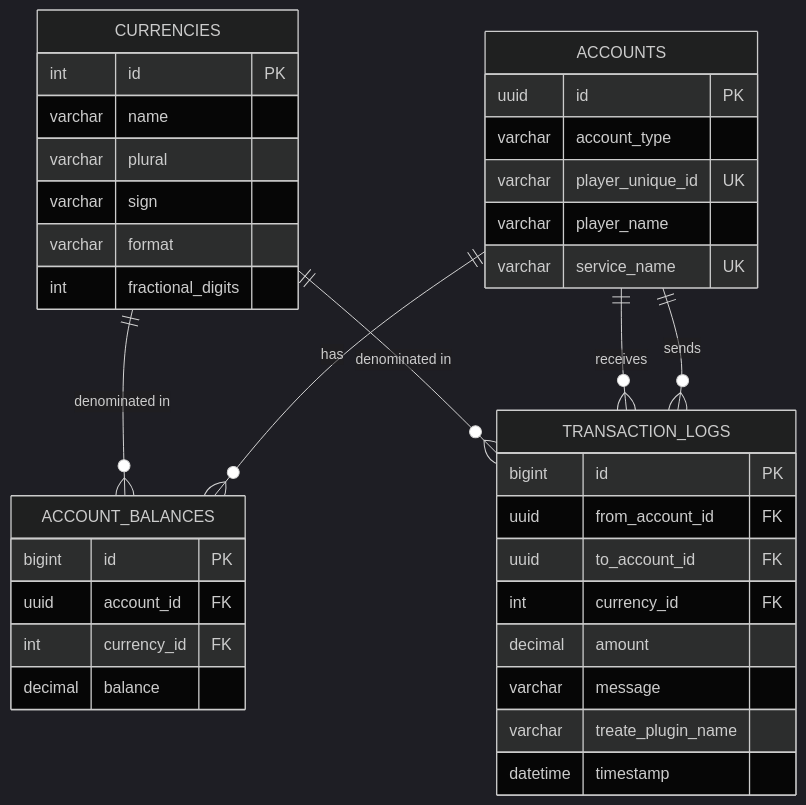
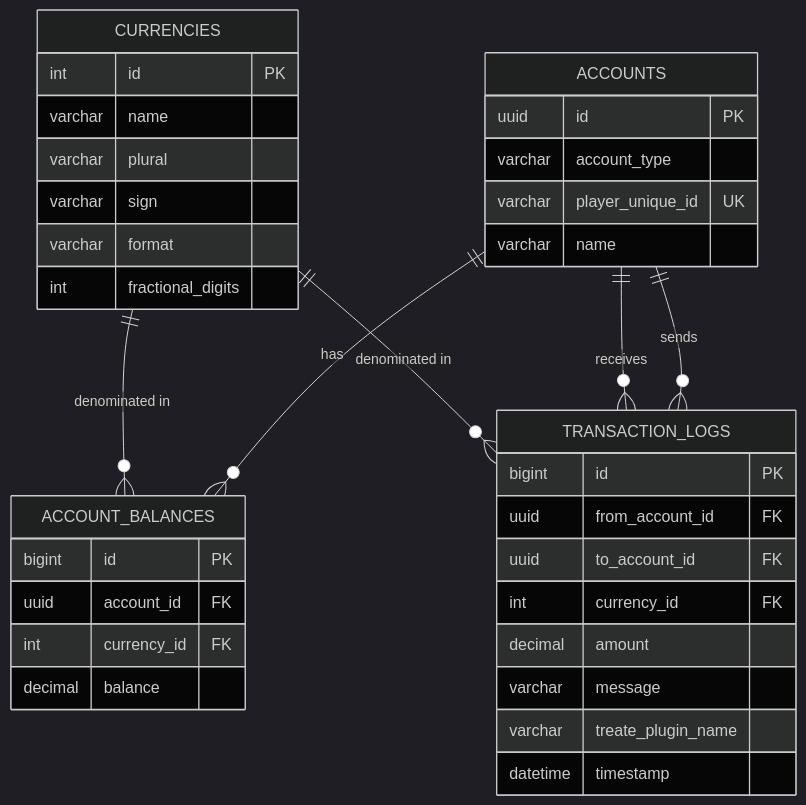
One commit to morinoparty/Kerria changed the diagram in docs/content/docs/format/database.mdx. Above: the diagram before and after it, drawn with Mermaid (dark theme). The commit also changed other lines of this file and 4 other files, not shown here.

Commit message:
♻️ Unify playerName and serviceName into single name field

````diff
--- a/docs/content/docs/format/database.mdx
+++ b/docs/content/docs/format/database.mdx
@@ -224,43 +218,42 @@
 ```mermaid
 erDiagram
     ACCOUNTS {
         uuid id PK
         varchar account_type
         varchar player_unique_id UK
-        varchar player_name
-        varchar service_name UK
+        varchar name
     }
 
     ACCOUNT_BALANCES {
         bigint id PK
         uuid account_id FK
         int currency_id FK
         decimal balance
     }
 
     CURRENCIES {
         int id PK
         varchar name
         varchar plural
         varchar sign
         varchar format
         int fractional_digits
     }
 
     TRANSACTION_LOGS {
         bigint id PK
         uuid from_account_id FK
         uuid to_account_id FK
         int currency_id FK
         decimal amount
         varchar message
         varchar treate_plugin_name
         datetime timestamp
     }
 
     ACCOUNTS ||--o{ ACCOUNT_BALANCES : "has"
     CURRENCIES ||--o{ ACCOUNT_BALANCES : "denominated in"
     ACCOUNTS ||--o{ TRANSACTION_LOGS : "sends"
     ACCOUNTS ||--o{ TRANSACTION_LOGS : "receives"
     CURRENCIES ||--o{ TRANSACTION_LOGS : "denominated in"
 ```
````
